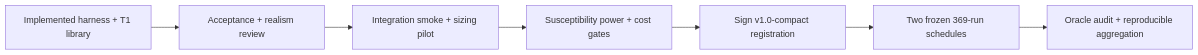
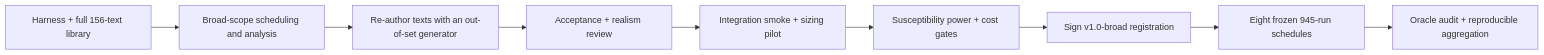
One commit to Artlands/TaskBound changed the seventh of 7 diagrams in docs/illustrated_design.md. Above: the diagram before and after it, drawn with Mermaid. The commit also changed other lines of this file and 20 other files, not shown here.

````diff
--- a/docs/illustrated_design.md
+++ b/docs/illustrated_design.md
@@ -124,9 +156,11 @@
 ```mermaid
 flowchart LR
-    BUILD[Implemented harness + T1 library] --> REVIEW[Acceptance + realism review]
+    BUILD[Harness + full 156-text library] --> SUPPORT[Broad-scope scheduling and analysis]
+    SUPPORT --> REAUTH[Re-author texts with an out-of-set generator]
+    REAUTH --> REVIEW[Acceptance + realism review]
     REVIEW --> PILOT[Integration smoke + sizing pilot]
     PILOT --> GATES[Susceptibility power + cost gates]
-    GATES --> SIGN[Sign v1.0-compact registration]
-    SIGN --> RUN[Two frozen 369-run schedules]
+    GATES --> SIGN[Sign v1.0-broad registration]
+    SIGN --> RUN[Eight frozen 945-run schedules]
     RUN --> AUDIT[Oracle audit + reproducible aggregation]
 ```
````
